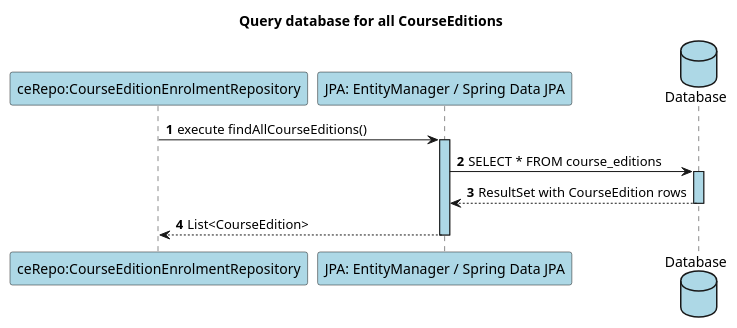
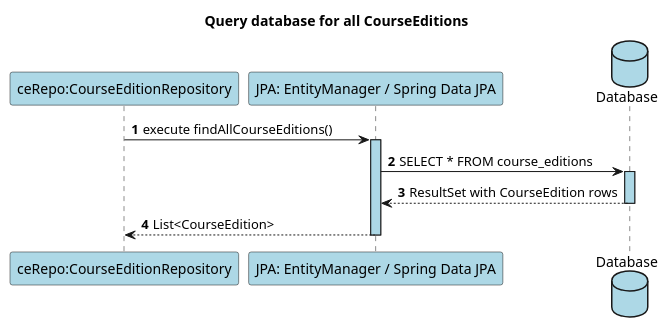
One commit to GasparISEP/DevOps-PAI changed the diagram in docs/US24/Sprint6/ProcessView/Level4/Ref-QueryDataBaseForAllCourseEditions.puml. Above: the diagram before and after it, drawn with PlantUML. The commit also changed 7 other files, not shown here.

Commit message:
"Level 4 process view diagrams updated. (#564)"

```diff
--- a/docs/US24/Sprint6/ProcessView/Level4/Ref-QueryDataBaseForAllCourseEditions.puml
+++ b/docs/US24/Sprint6/ProcessView/Level4/Ref-QueryDataBaseForAllCourseEditions.puml
@@ -1,16 +1,16 @@
 @startuml
 
 autonumber
 
 title Query database for all CourseEditions
 
-participant "ceRepo:CourseEditionEnrolmentRepository" as R #lightblue
+participant "ceRepo:CourseEditionRepository" as R #lightblue
 participant "JPA: EntityManager / Spring Data JPA" as JPA #lightblue
 database "Database" as DB #lightblue
 
 R -> JPA ++ #lightblue: execute findAllCourseEditions()
 JPA -> DB ++ #lightblue: SELECT * FROM course_editions
 DB --> JPA --: ResultSet with CourseEdition rows
 JPA --> R --: List<CourseEdition>
 
 @enduml
```
